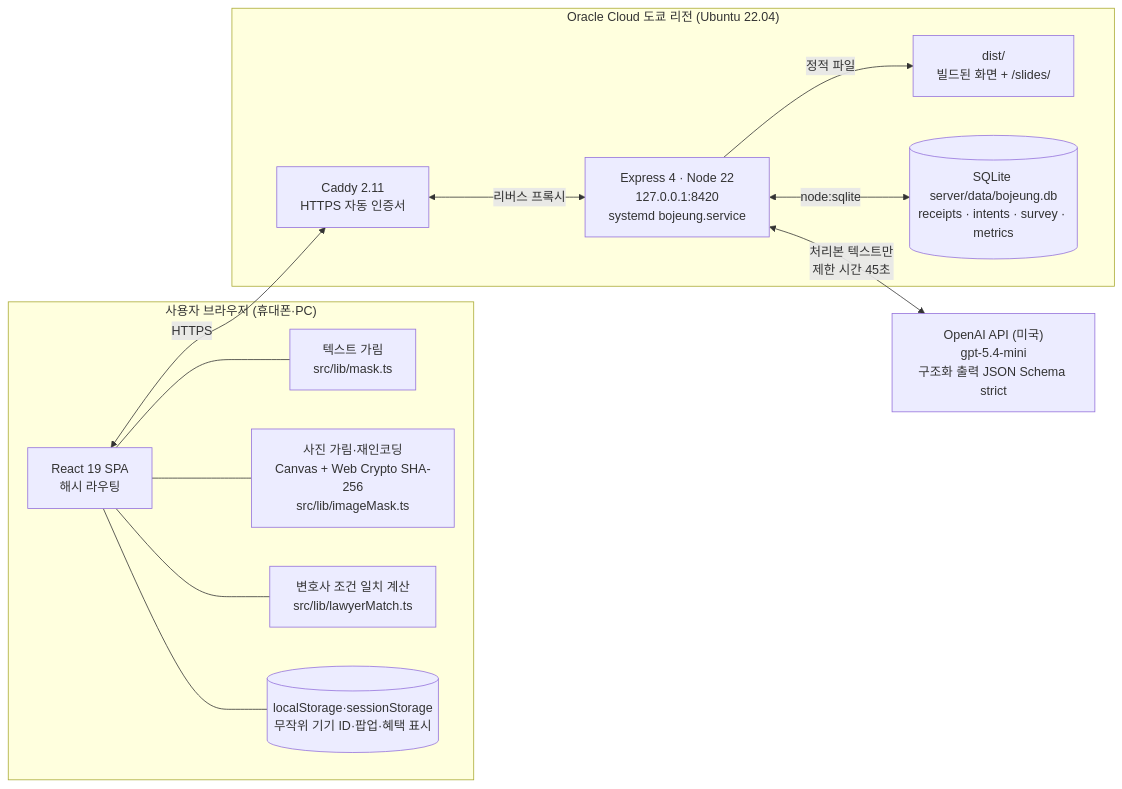
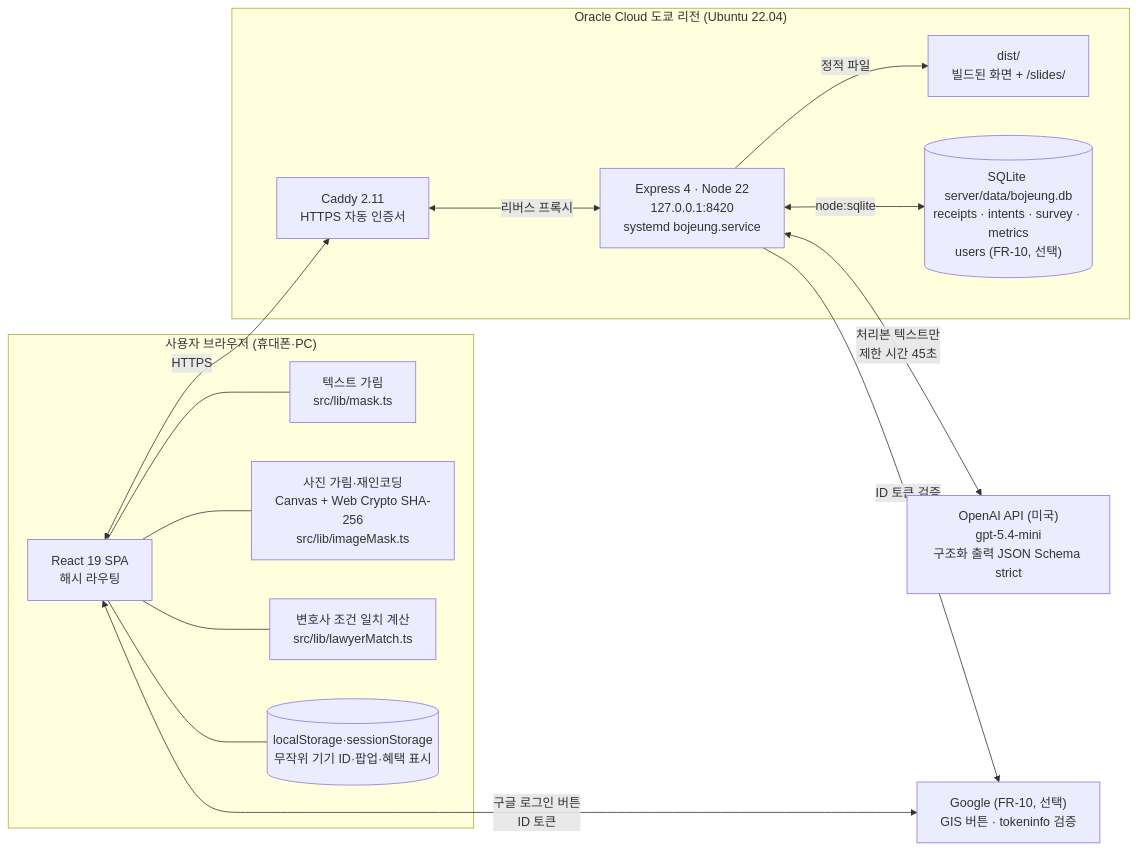
The first of 7 diagrams in docs/ARCHITECTURE.md (a1paka12/AIBuilder_Challenge), drawn with Mermaid before and after one commit. The commit also changed other lines of this file and 30 other files, not shown here.

````diff
--- a/docs/ARCHITECTURE.md
+++ b/docs/ARCHITECTURE.md
@@ -21,29 +21,32 @@
 ```mermaid
 flowchart LR
     subgraph BR["사용자 브라우저 (휴대폰·PC)"]
         SPA["React 19 SPA<br/>해시 라우팅"]
         MASK["텍스트 가림<br/>src/lib/mask.ts"]
         CANVAS["사진 가림·재인코딩<br/>Canvas + Web Crypto SHA-256<br/>src/lib/imageMask.ts"]
         MATCH["변호사 조건 일치 계산<br/>src/lib/lawyerMatch.ts"]
         LS[("localStorage·sessionStorage<br/>무작위 기기 ID·팝업·혜택 표시")]
         SPA --- MASK
         SPA --- CANVAS
         SPA --- MATCH
         SPA --- LS
     end
 
     subgraph OCI["Oracle Cloud 도쿄 리전 (Ubuntu 22.04)"]
         CADDY["Caddy 2.11<br/>HTTPS 자동 인증서"]
         EXP["Express 4 · Node 22<br/>127.0.0.1:8420<br/>systemd bojeung.service"]
         DIST["dist/<br/>빌드된 화면 + /slides/"]
-        DB[("SQLite server/data/bojeung.db<br/>receipts · intents · survey · metrics")]
+        DB[("SQLite server/data/bojeung.db<br/>receipts · intents · survey · metrics<br/>users (FR-10, 선택)")]
         CADDY <-->|"리버스 프록시"| EXP
         EXP -->|"정적 파일"| DIST
         EXP <-->|"node:sqlite"| DB
     end
 
     OAI["OpenAI API (미국)<br/>gpt-5.4-mini<br/>구조화 출력 JSON Schema strict"]
+    GOO["Google (FR-10, 선택)<br/>GIS 버튼 · tokeninfo 검증"]
 
     SPA <-->|"HTTPS"| CADDY
     EXP <-->|"처리본 텍스트만<br/>제한 시간 45초"| OAI
+    SPA <-->|"구글 로그인 버튼<br/>ID 토큰"| GOO
+    EXP -->|"ID 토큰 검증"| GOO
 ```
````
